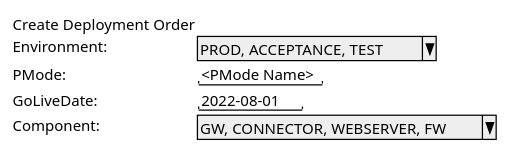
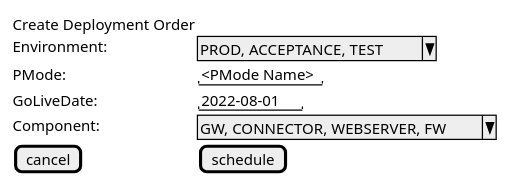
One commit to e-codex/ccdm changed the diagram in src/docs/asciidoc/usecases/usecase_u2.adoc. Above: the diagram before and after it, drawn with PlantUML. The commit also changed other lines of this file and 12 other files, not shown here.

```diff
--- a/src/docs/asciidoc/usecases/usecase_u2.adoc
+++ b/src/docs/asciidoc/usecases/usecase_u2.adoc
@@ -11,18 +11,19 @@
 [plantuml,create_deployment_order_ui]
 ----
 @startsalt
 
 {
   Create Deployment Order
 
   Environment: | ^PROD, ACCEPTANCE, TEST^
   PMode: |  "<PMode Name>"
   GoLiveDate: | "2022-08-01"
 
   Component: | ^GW, CONNECTOR, WEBSERVER, FW^
 
+  [cancel] | [schedule]
 
 }
 
 @endsalt
 ----
```
